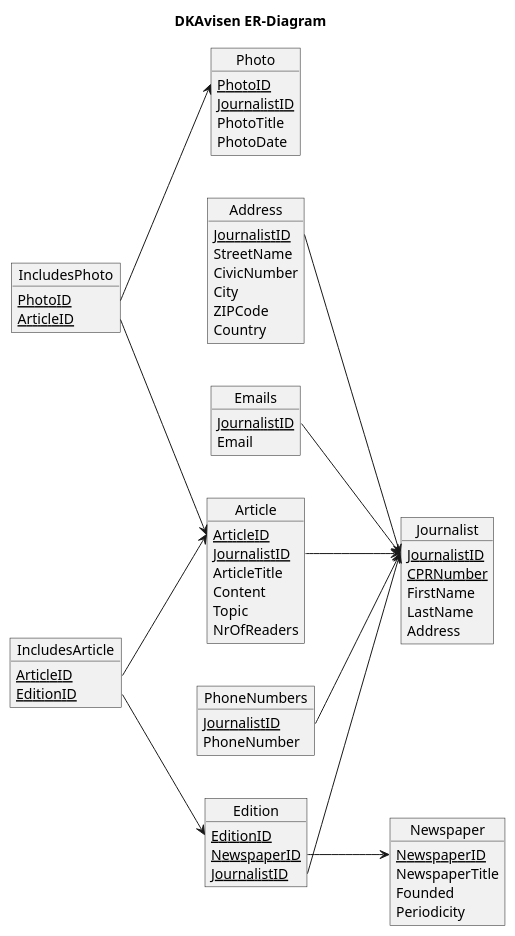
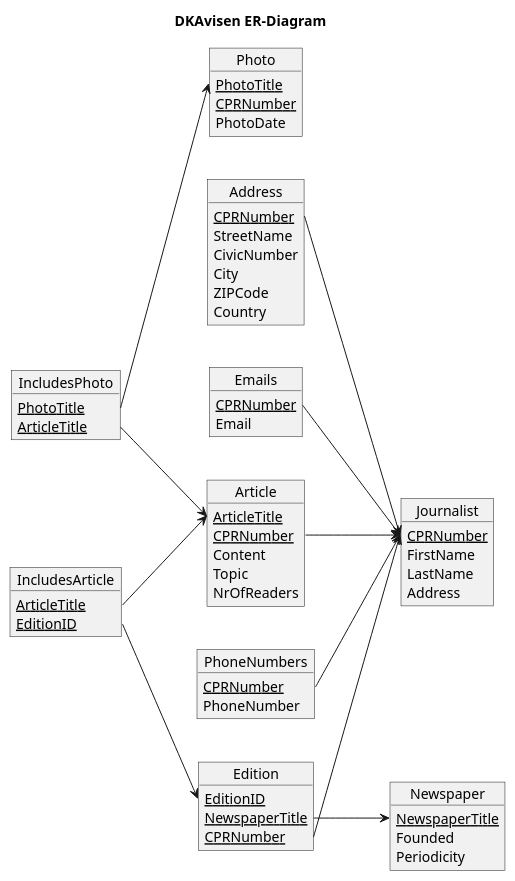
The diagram in Diagrams/ER-Diagram.pu (TobyNatooor/database_proj_group_1), drawn with PlantUML before and after one commit.

Commit message:
removed IDs

```diff
--- a/Diagrams/ER-Diagram.pu
+++ b/Diagrams/ER-Diagram.pu
@@ -1,84 +1,80 @@
 @startuml logical_design_diagram
 title DKAvisen ER-Diagram
 left to right direction
 skinparam linetype polyline
 ' skinparam linetype ortho
 
 Object Journalist {
-    <u>JournalistID
     <u>CPRNumber
     FirstName
     LastName
     Address
 }
 
 Object Emails {
-    <u>JournalistID
+    <u>CPRNumber
     Email
 }
-Emails::JournalistID --> Journalist::JournalistID
+Emails::CPRNumber --> Journalist::CPRNumber
 
 Object PhoneNumbers {
-    <u>JournalistID
+    <u>CPRNumber
     PhoneNumber
 }
-PhoneNumbers::JournalistID --> Journalist::JournalistID
+PhoneNumbers::CPRNumber --> Journalist::CPRNumber
 
 Object Address {
-    <u>JournalistID
+    <u>CPRNumber
     StreetName
     CivicNumber
     City
     ZIPCode
     Country
 }
-Address::JournalistID --> Journalist::JournalistID
+Address::CPRNumber --> Journalist::CPRNumber
 
 Object Article {
-    <u>ArticleID
-    <u>JournalistID
-    ArticleTitle
+    <u>ArticleTitle
+    <u>CPRNumber
     Content
     Topic
     NrOfReaders
 }
-Article::JournalistID --> Journalist::JournalistID
+Article::CPRNumber --> Journalist::CPRNumber
 
 Object Photo {
-    <u>PhotoID
-    <u>JournalistID
-    PhotoTitle
+    <u>PhotoTitle
+    <u>CPRNumber
     PhotoDate
 }
 
 Object IncludesPhoto {
-    <u>PhotoID
-    <u>ArticleID
+    <u>PhotoTitle
+    <u>ArticleTitle
 }
-IncludesPhoto::PhotoID --> Photo::PhotoID
-IncludesPhoto::ArticleID --> Article::ArticleID
+IncludesPhoto::PhotoTitle --> Photo::PhotoTitle
+IncludesPhoto::ArticleTitle --> Article::ArticleTitle
 
 Object Newspaper {
-    <u>NewspaperID
-    NewspaperTitle
+    <u>NewspaperTitle
     Founded
     Periodicity
 }
 
 Object Edition {
     <u>EditionID
-    <u>NewspaperID
-    <u>JournalistID
+    <u>NewspaperTitle
+    <u>CPRNumber
 }
-Edition::NewspaperID --> Newspaper::NewspaperID
-Edition::JournalistID --> Journalist::JournalistID
+Edition::NewspaperTitle --> Newspaper::NewspaperTitle
+Edition::CPRNumber --> Journalist::CPRNumber
 
 Object IncludesArticle {
-    <u>ArticleID
+    <u>ArticleTitle
     <u>EditionID
 }
-IncludesArticle::ArticleID --> Article::ArticleID
+IncludesArticle::ArticleTitle --> Article::ArticleTitle
 IncludesArticle::EditionID --> Edition::EditionID
 
 
 @enduml
```
